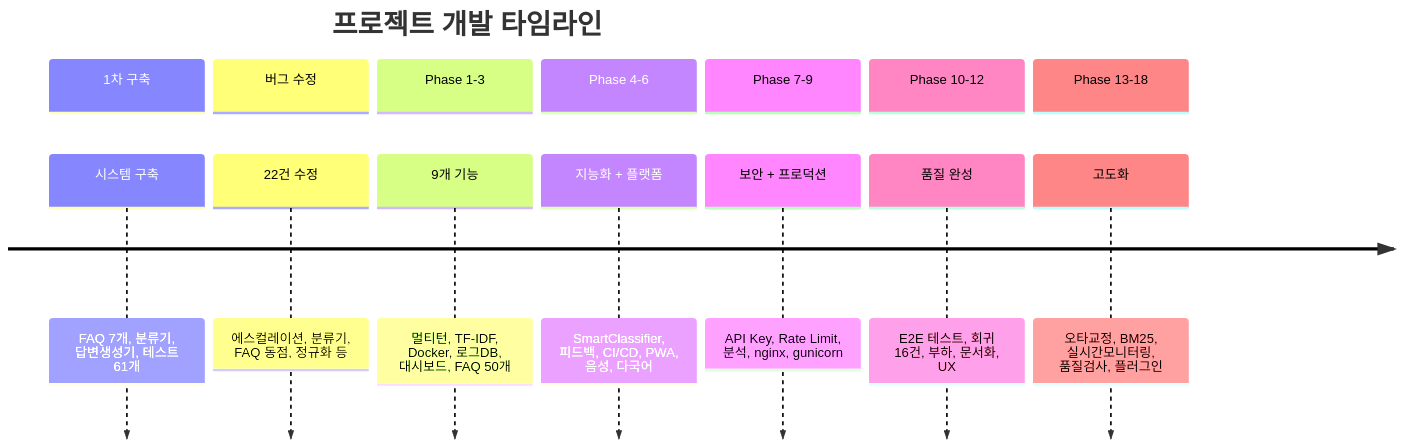
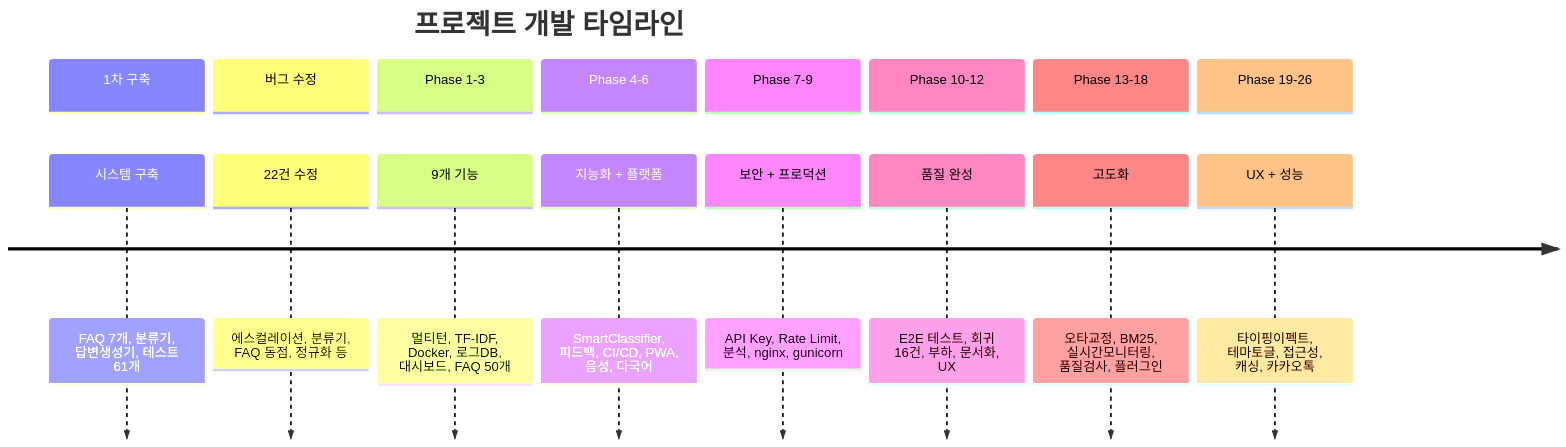
Before and after one commit to sun475300-sudo/bosebot: the sixth of 6 diagrams in README.md, drawn with Mermaid. The commit also changed other lines of this file and 6 other files, not shown here.

````diff
--- a/README.md
+++ b/README.md
@@ -386,18 +388,20 @@
 ```mermaid
 timeline
     title 프로젝트 개발 타임라인
     section 1차 구축
         시스템 구축 : FAQ 7개, 분류기, 답변생성기, 테스트 61개
     section 버그 수정
         22건 수정 : 에스컬레이션, 분류기, FAQ 동점, 정규화 등
     section Phase 1-3
         9개 기능 : 멀티턴, TF-IDF, Docker, 로그DB, 대시보드, FAQ 50개
     section Phase 4-6
         지능화 + 플랫폼 : SmartClassifier, 피드백, CI/CD, PWA, 음성, 다국어
     section Phase 7-9
         보안 + 프로덕션 : API Key, Rate Limit, 분석, nginx, gunicorn
     section Phase 10-12
         품질 완성 : E2E 테스트, 회귀 16건, 부하, 문서화, UX
     section Phase 13-18
         고도화 : 오타교정, BM25, 실시간모니터링, 품질검사, 플러그인
+    section Phase 19-26
+        UX + 성능 : 타이핑이펙트, 테마토글, 접근성, 캐싱, 카카오톡
 ```
````
